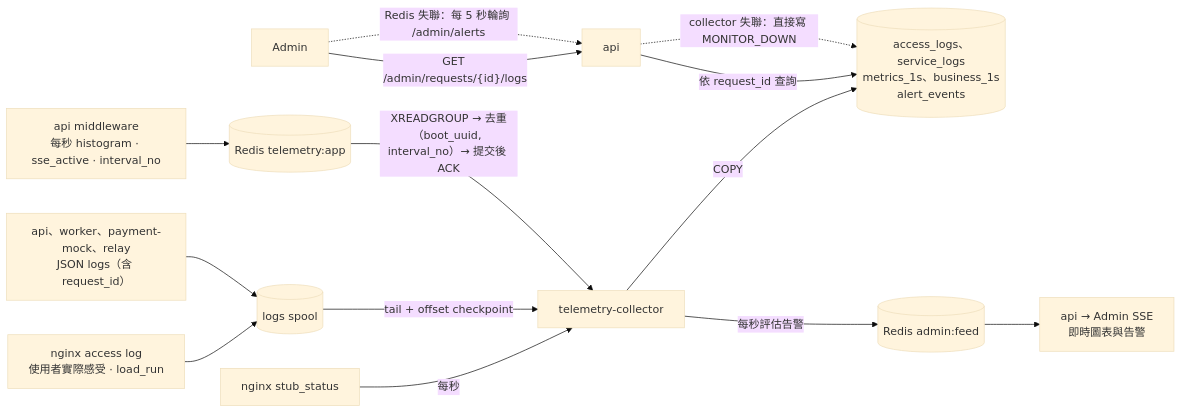
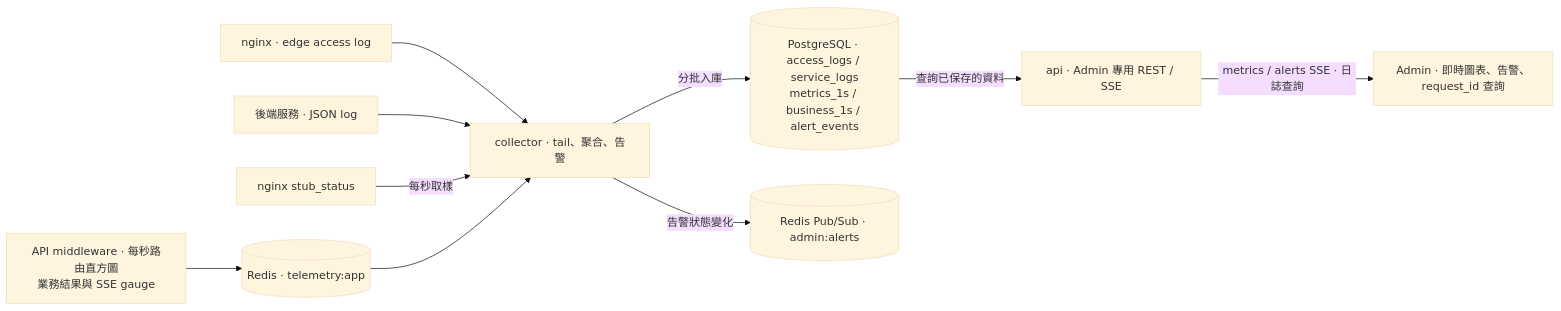
The fifth of 5 diagrams in docs/architecture.md (kaiser0421/wy-project), drawn with Mermaid (base theme) before and after one commit. The commit also changed other lines of this file and 1 other file, not shown here.

Commit message:
docs: describe the deployed architecture and render its diagrams

````diff
--- a/docs/architecture.md
+++ b/docs/architecture.md
@@ -165,16 +141,21 @@
 ```mermaid
 flowchart LR
-  NGL["nginx access log<br/>使用者實際感受 · load_run"] --> SP[("logs spool")]
-  APL["api、worker、payment-mock、relay<br/>JSON logs（含 request_id）"] --> SP
-  HIST["api middleware<br/>每秒 histogram · sse_active · interval_no"] --> TS[("Redis telemetry:app")]
-  STUB["nginx stub_status"] -->|"每秒"| COL
-  SP -->|"tail + offset checkpoint"| COL["telemetry-collector"]
-  TS -->|"XREADGROUP → 去重（boot_uuid, interval_no）→ 提交後 ACK"| COL
-  COL -->|"COPY"| T1[("access_logs、service_logs<br/>metrics_1s、business_1s<br/>alert_events")]
-  COL -->|"每秒評估告警"| FEED[("Redis admin:feed")]
-  FEED --> SSEA["api → Admin SSE<br/>即時圖表與告警"]
-  ADM["Admin"] -->|"GET /admin/requests/{id}/logs"| API2["api"]
-  API2 -->|"依 request_id 查詢"| T1
-  API2 -.->|"collector 失聯：直接寫 MONITOR_DOWN"| T1
-  ADM -.->|"Redis 失聯：每 5 秒輪詢 /admin/alerts"| API2
+  N["nginx · edge access log"]
+  S["後端服務 · JSON log"]
+  Conn["nginx stub_status"]
+  API["API middleware · 每秒路由直方圖<br/>業務結果與 SSE gauge"]
+  T[("Redis · telemetry:app")]
+  C["collector · tail、聚合、告警"]
+  PG[("PostgreSQL · access_logs / service_logs<br/>metrics_1s / business_1s / alert_events")]
+  R[("Redis Pub/Sub · admin:alerts")]
+  Admin["Admin · 即時圖表、告警、request_id 查詢"]
+  Read["api · Admin 專用 REST / SSE"]
+  N --> C
+  S --> C
+  Conn -->|"每秒取樣"| C
+  API --> T --> C
+  C -->|"分批入庫"| PG
+  C -->|"告警狀態變化"| R
+  PG -->|"查詢已保存的資料"| Read
+  Read -->|"metrics / alerts SSE · 日誌查詢"| Admin
 ```
````
